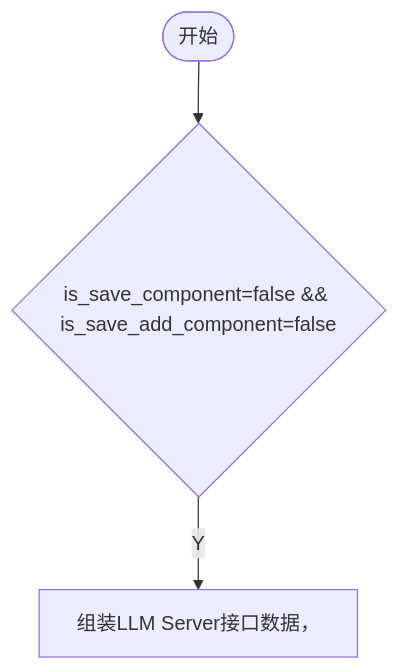
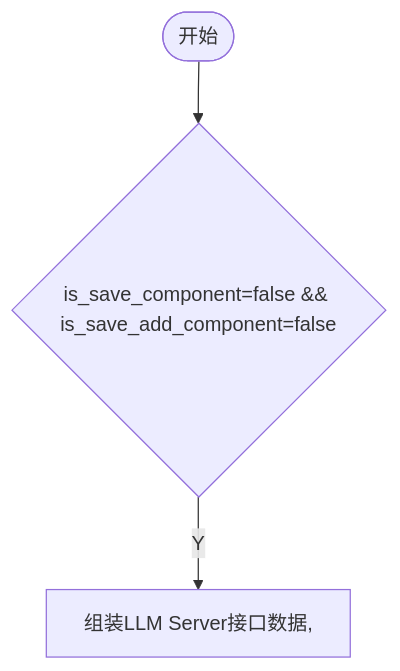
Before and after one commit to yingjianzh/iodraw-files: the diagram in all/未命名-7.md, drawn with Mermaid.

Commit message:
2024-10-12 13:52:54 update

````diff
--- a/all/未命名-7.md
+++ b/all/未命名-7.md
@@ -1,8 +1,8 @@
 ```mermaid
 flowchart TD
     A([开始]) --> B{is_save_component=false && is_save_add_component=false}
-    B -- Y --> C[组装LLM Server接口数据，]
+    B -- Y --> C[组装LLM Server接口数据,]
     
     
 
 ```
````
